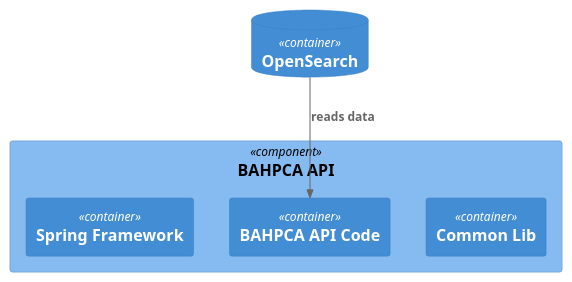
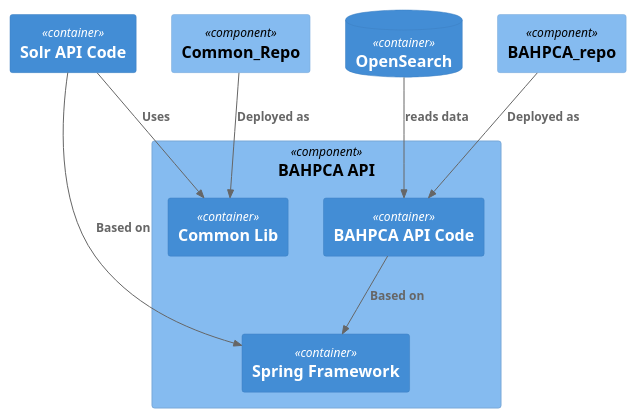
One commit to brunasti/icepanel-tools changed the diagram in docs/icePanel-C4-output-3-BAHPCA API.puml. Above: the diagram before and after it, drawn with PlantUML. The commit also changed 38 other files, not shown here.

```diff
--- a/docs/icePanel-C4-output-3-BAHPCA API.puml
+++ b/docs/icePanel-C4-output-3-BAHPCA API.puml
@@ -1,34 +1,42 @@
 @startuml
 'https://plantuml.com/class-diagram
 ' CONVERT ICEPANEL DIAGRAM ===========
 ' Converter          : it.brunasti.icepanel.tools.IcePanelToPlantUmlConverter
-' IcePanel JSON File : [./src/test/resources/icepanel-structured.json]
+' IcePanel JSON File : [./src/test/resources/icepanel-plain.json]
 ' Configuration      : [./docs/config.json]
-' Generated at       : Wed Apr 10 11:43:53 CEST 2024
+' Generated at       : Wed Apr 10 14:23:01 CEST 2024
 
 !include https://raw.githubusercontent.com/plantuml-stdlib/C4-PlantUML/master/C4_Context.puml
 !include https://raw.githubusercontent.com/plantuml-stdlib/C4-PlantUML/master/C4_Component.puml
 
 
 ' Include         : [./docs/include.txt] ---------
 hide empty members
 ' Include end     : --------------------------
 
 
 Component(4teQrlbMUj5LLqxdVcPK, "BAHPCA API", "" ) { 
     ' CLASSES =======
     Container(DqaxYHtWGYqlWeYgZkyP, "Common Lib", "", "" )
     Container(Nr2rq32hBezwoAGeNT2U, "BAHPCA API Code", "", "" )
     Container(JOCj92Vc2CEAUN8hquBI, "Spring Framework", "", "" )
 }
 
 
 ' NEIGHBOR CLASSES =======
 ContainerDb(MzZVLTUQ74KbySVwdHfZ, "OpenSearch", "", "" )
+Container(Vg8nvjzPDirSBRjT8K3Q, "Solr API Code", "", "" )
+Component(DzQ4VPgJYKxSkilz6snk, "BAHPCA_repo", "" )
+Component(6uyz5GXgHFSVjrwIwRKC, "Common_Repo", "" )
 
 
 ' CONNECTIONS =======
+Rel(DzQ4VPgJYKxSkilz6snk, Nr2rq32hBezwoAGeNT2U, "Deployed as" )
+Rel(Vg8nvjzPDirSBRjT8K3Q, DqaxYHtWGYqlWeYgZkyP, "Uses" )
 Rel(MzZVLTUQ74KbySVwdHfZ, Nr2rq32hBezwoAGeNT2U, "reads data" )
+Rel(Vg8nvjzPDirSBRjT8K3Q, JOCj92Vc2CEAUN8hquBI, "Based on" )
+Rel(Nr2rq32hBezwoAGeNT2U, JOCj92Vc2CEAUN8hquBI, "Based on" )
+Rel(6uyz5GXgHFSVjrwIwRKC, DqaxYHtWGYqlWeYgZkyP, "Deployed as" )
 
 
 @enduml
```
